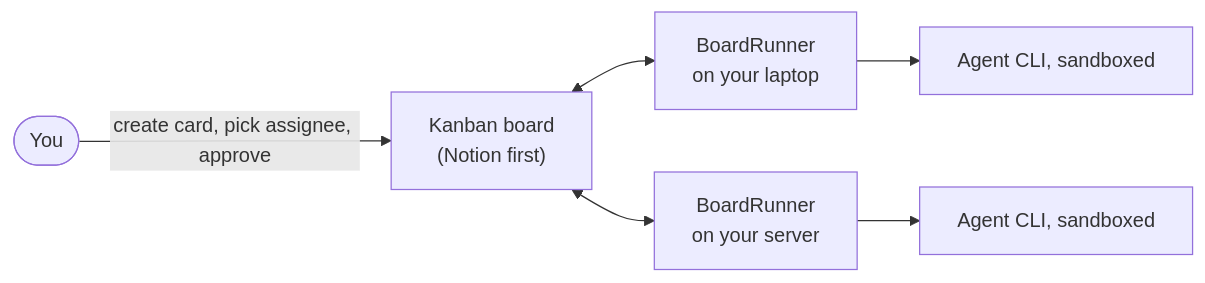
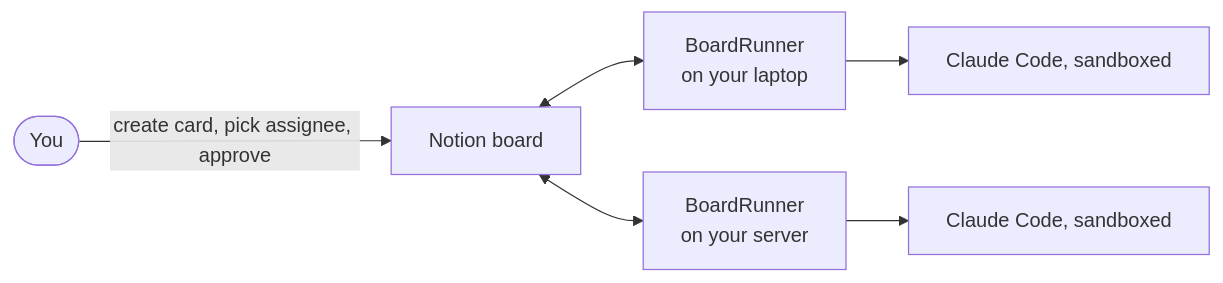
One commit to cnkndmr/BoardRunner changed the diagram in README.md. Above: the diagram before and after it, drawn with Mermaid. The commit also changed other lines of this file and 5 other files, not shown here.

````diff
--- a/README.md
+++ b/README.md
@@ -7,8 +7,8 @@
 ```mermaid
 flowchart LR
-    You(["You"]) -- "create card, pick assignee, approve" --> Board["Kanban board<br/>(Notion first)"]
+    You(["You"]) -- "create card, pick assignee, approve" --> Board["Notion board"]
     Board <--> R1["BoardRunner<br/>on your laptop"]
     Board <--> R2["BoardRunner<br/>on your server"]
-    R1 --> A1["Agent CLI, sandboxed"]
-    R2 --> A2["Agent CLI, sandboxed"]
+    R1 --> A1["Claude Code, sandboxed"]
+    R2 --> A2["Claude Code, sandboxed"]
 ```
````
